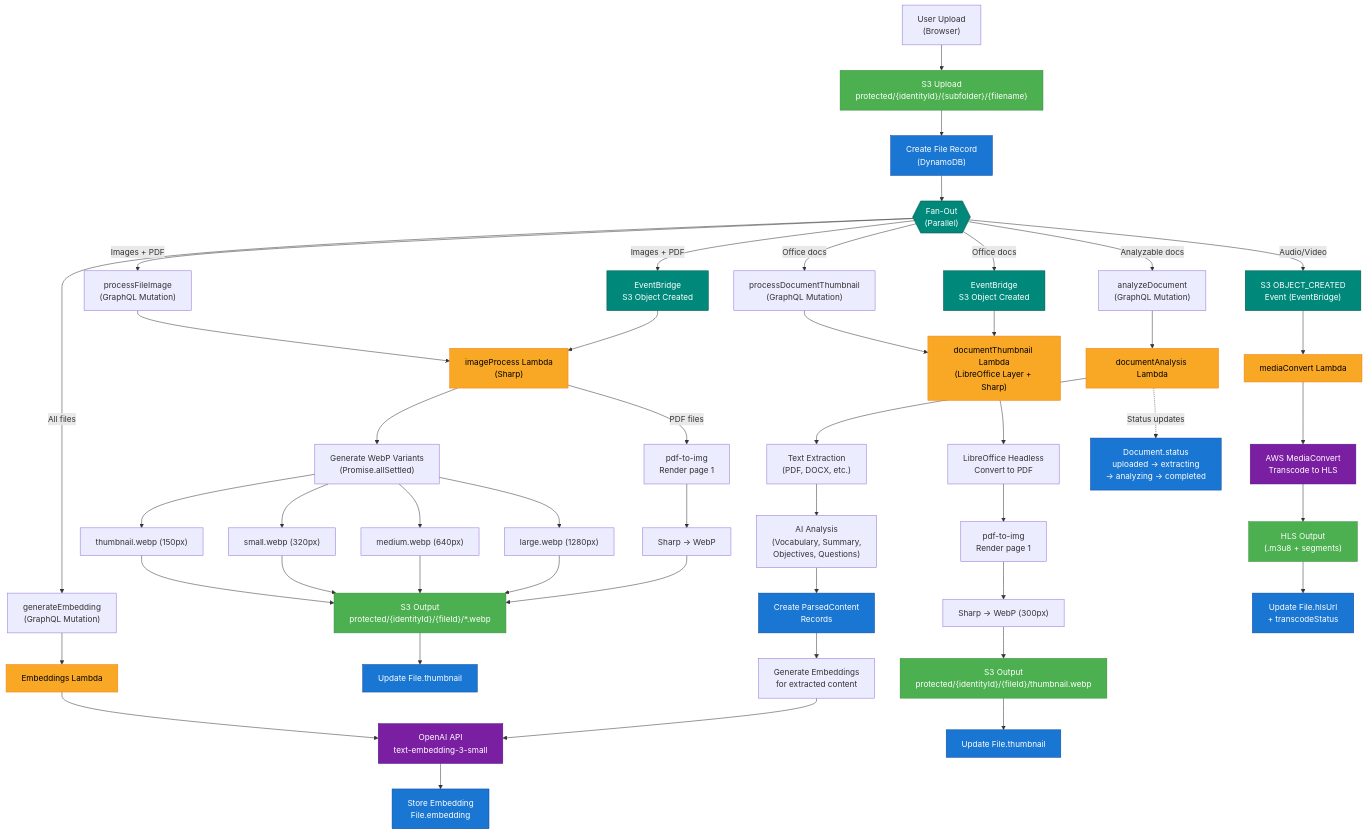
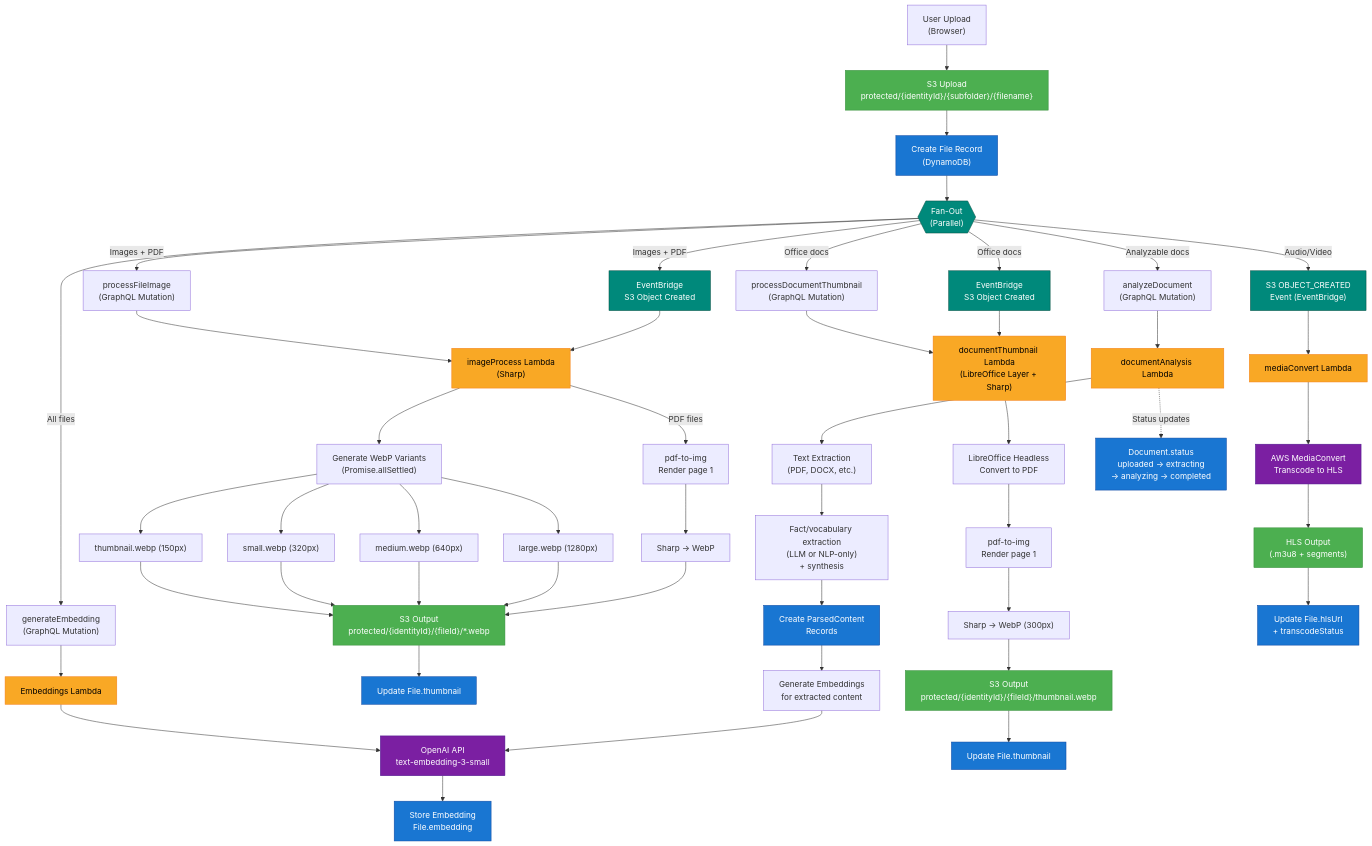
One commit to ExcitingTheory/amplify-homework-supply changed the first of 2 diagrams in docs/FILE_PROCESSING_PIPELINE.md. Above: the diagram before and after it, drawn with Mermaid. The commit also changed other lines of this file and 504 other files, not shown here.

````diff
--- a/docs/FILE_PROCESSING_PIPELINE.md
+++ b/docs/FILE_PROCESSING_PIPELINE.md
@@ -19,79 +19,79 @@
 ```mermaid
 flowchart TD
     %% Upload Entry
     Upload["User Upload<br/>(Browser)"] --> S3["S3 Upload<br/>protected/{identityId}/{subfolder}/{filename}"]
     S3 --> FileRecord["Create File Record<br/>(DynamoDB)"]
 
     %% Fan-out from upload
     FileRecord --> FanOut{{"Fan-Out<br/>(Parallel)"}}
 
     %% Branch 1: Embedding
     FanOut -->|All files| EmbedMutation["generateEmbedding<br/>(GraphQL Mutation)"]
     EmbedMutation --> EmbedLambda["Embeddings Lambda"]
     EmbedLambda --> OpenAI_Embed["OpenAI API<br/>text-embedding-3-small"]
     OpenAI_Embed --> EmbedStore["Store Embedding<br/>File.embedding"]
 
     %% Branch 2: Image Processing
     FanOut -->|Images + PDF| ImgMutation["processFileImage<br/>(GraphQL Mutation)"]
     FanOut -->|Images + PDF| ImgEvent["EventBridge<br/>S3 Object Created"]
     ImgMutation --> ImgLambda["imageProcess Lambda<br/>(Sharp)"]
     ImgEvent --> ImgLambda
     ImgLambda --> ImgVariants["Generate WebP Variants<br/>(Promise.allSettled)"]
     ImgVariants --> Thumb["thumbnail.webp (150px)"]
     ImgVariants --> Small["small.webp (320px)"]
     ImgVariants --> Medium["medium.webp (640px)"]
     ImgVariants --> Large["large.webp (1280px)"]
     Thumb --> S3Out["S3 Output<br/>protected/{identityId}/{fileId}/*.webp"]
     Small --> S3Out
     Medium --> S3Out
     Large --> S3Out
     S3Out --> UpdateFile1["Update File.thumbnail"]
 
     %% PDF thumbnail sub-path
     ImgLambda -->|PDF files| PdfRender["pdf-to-img<br/>Render page 1"]
     PdfRender --> SharpPdf["Sharp → WebP"]
     SharpPdf --> S3Out
 
     %% Branch 3: Document Thumbnail
     FanOut -->|Office docs| DocMutation["processDocumentThumbnail<br/>(GraphQL Mutation)"]
     FanOut -->|Office docs| DocEvent["EventBridge<br/>S3 Object Created"]
     DocMutation --> DocLambda["documentThumbnail Lambda<br/>(LibreOffice Layer + Sharp)"]
     DocEvent --> DocLambda
     DocLambda --> LibreOffice["LibreOffice Headless<br/>Convert to PDF"]
     LibreOffice --> DocPdfRender["pdf-to-img<br/>Render page 1"]
     DocPdfRender --> DocSharp["Sharp → WebP (300px)"]
     DocSharp --> DocS3["S3 Output<br/>protected/{identityId}/{fileId}/thumbnail.webp"]
     DocS3 --> UpdateFile2["Update File.thumbnail"]
 
     %% Branch 4: Document Analysis
     FanOut -->|Analyzable docs| AnalyzeMutation["analyzeDocument<br/>(GraphQL Mutation)"]
     AnalyzeMutation --> AnalyzeLambda["documentAnalysis Lambda"]
     AnalyzeLambda --> Extract["Text Extraction<br/>(PDF, DOCX, etc.)"]
-    Extract --> Analyze["AI Analysis<br/>(Vocabulary, Summary,<br/>Objectives, Questions)"]
+    Extract --> Analyze["Fact/vocabulary extraction<br/>(LLM or NLP-only)<br/>+ synthesis"]
     Analyze --> ParsedContent["Create ParsedContent<br/>Records"]
     ParsedContent --> ContentEmbed["Generate Embeddings<br/>for extracted content"]
     ContentEmbed --> OpenAI_Embed
 
     %% Branch 5: Media Conversion
     FanOut -->|Audio/Video| MediaEvent["S3 OBJECT_CREATED<br/>Event (EventBridge)"]
     MediaEvent --> MediaLambda["mediaConvert Lambda"]
     MediaLambda --> MediaConvert["AWS MediaConvert<br/>Transcode to HLS"]
     MediaConvert --> HLS["HLS Output<br/>(.m3u8 + segments)"]
     HLS --> UpdateFile3["Update File.hlsUrl<br/>+ transcodeStatus"]
 
     %% Status tracking
     AnalyzeLambda -.->|Status updates| StatusTrack["Document.status<br/>uploaded → extracting<br/>→ analyzing → completed"]
 
     %% Styling
     classDef lambda fill:#f9a825,stroke:#f57f17,color:#000
     classDef s3 fill:#4caf50,stroke:#388e3c,color:#fff
     classDef db fill:#1976d2,stroke:#0d47a1,color:#fff
     classDef api fill:#7b1fa2,stroke:#4a148c,color:#fff
     classDef event fill:#00897b,stroke:#004d40,color:#fff
 
     class ImgLambda,DocLambda,EmbedLambda,AnalyzeLambda,MediaLambda lambda
     class S3,S3Out,DocS3,HLS s3
     class FileRecord,EmbedStore,ParsedContent,UpdateFile1,UpdateFile2,UpdateFile3,StatusTrack db
     class OpenAI_Embed,MediaConvert api
     class ImgEvent,DocEvent,MediaEvent,FanOut event
 ```
````
